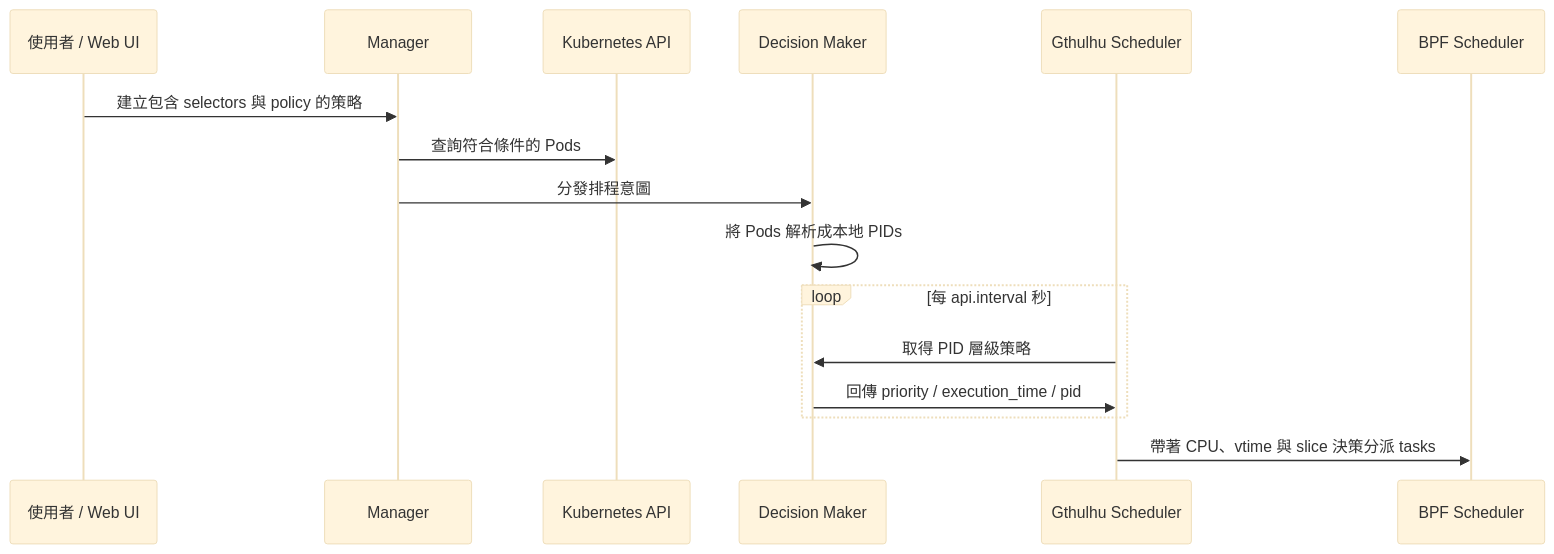
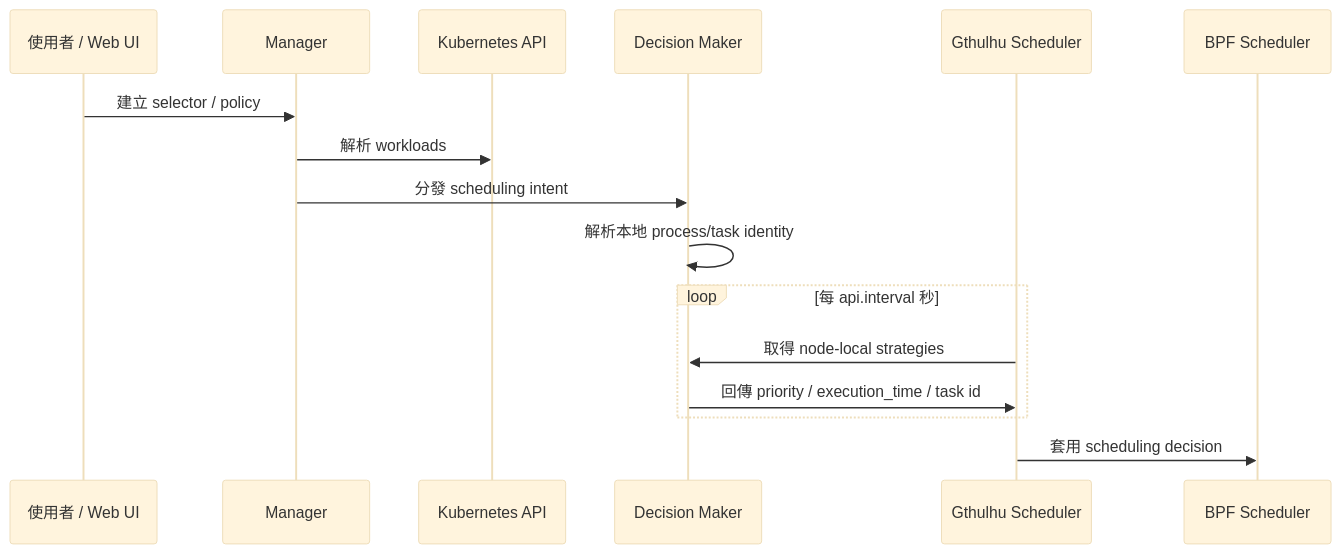
The third of 3 diagrams in docs/how-it-works.zh.md (Gthulhu/docs), drawn with Mermaid (base theme) before and after one commit. The commit also changed other lines of this file, not shown here.

Commit message:
docs: document Chinese TID-aware scheduling semantics

````diff
--- a/docs/how-it-works.zh.md
+++ b/docs/how-it-works.zh.md
@@ -102,21 +79,21 @@
 ```mermaid
 sequenceDiagram
     participant U as 使用者 / Web UI
     participant M as Manager
     participant K as Kubernetes API
     participant DM as Decision Maker
     participant G as Gthulhu Scheduler
     participant B as BPF Scheduler
 
-    U->>M: 建立包含 selectors 與 policy 的策略
-    M->>K: 查詢符合條件的 Pods
-    M->>DM: 分發排程意圖
-    DM->>DM: 將 Pods 解析成本地 PIDs
+    U->>M: 建立 selector / policy
+    M->>K: 解析 workloads
+    M->>DM: 分發 scheduling intent
+    DM->>DM: 解析本地 process/task identity
 
     loop 每 api.interval 秒
-        G->>DM: 取得 PID 層級策略
-        DM->>G: 回傳 priority / execution_time / pid
+        G->>DM: 取得 node-local strategies
+        DM->>G: 回傳 priority / execution_time / task id
     end
 
-    G->>B: 帶著 CPU、vtime 與 slice 決策分派 tasks
+    G->>B: 套用 scheduling decision
 ```
````
